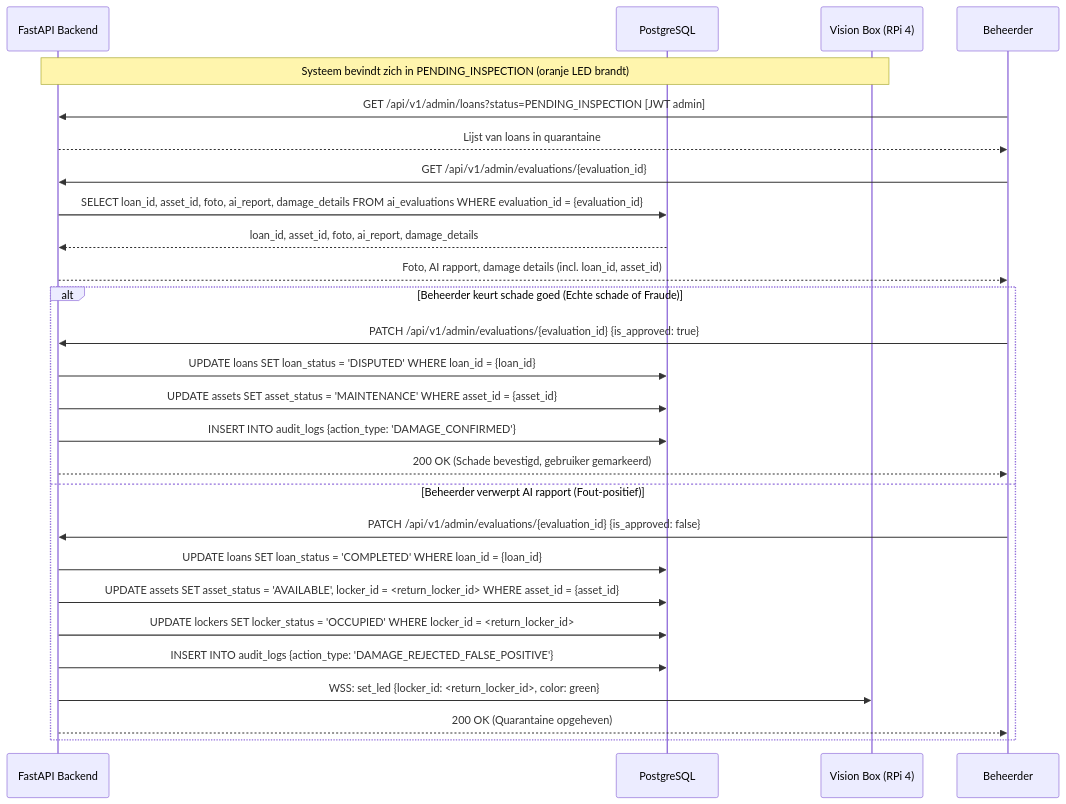
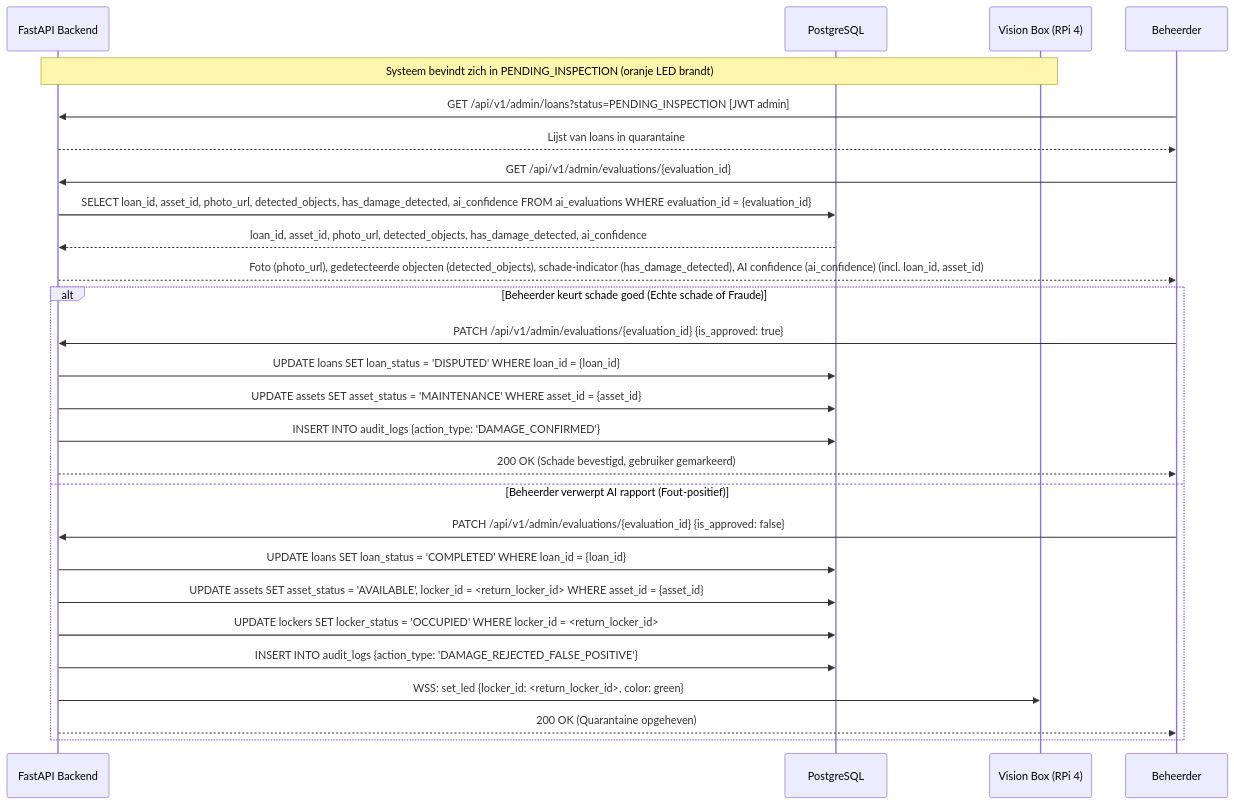
The diagram in docs/diagrams/sequence_quarantine.mmd (easylend-practice-enterprise/easylend), drawn with Mermaid before and after one commit.

Commit message:
Potential fix for pull request finding

```diff
--- a/docs/diagrams/sequence_quarantine.mmd
+++ b/docs/diagrams/sequence_quarantine.mmd
@@ -1,31 +1,31 @@
 sequenceDiagram
     participant API as FastAPI Backend
     participant DB as PostgreSQL
     participant VB as Vision Box (RPi 4)
     participant Admin as Beheerder
 
     Note over API,VB: Systeem bevindt zich in PENDING_INSPECTION (oranje LED brandt)
 
     Admin->>API: GET /api/v1/admin/loans?status=PENDING_INSPECTION [JWT admin]
     API-->>Admin: Lijst van loans in quarantaine
 
     Admin->>API: GET /api/v1/admin/evaluations/{evaluation_id}
-    API->>DB: SELECT loan_id, asset_id, foto, ai_report, damage_details FROM ai_evaluations WHERE evaluation_id = {evaluation_id}
-    DB-->>API: loan_id, asset_id, foto, ai_report, damage_details
-    API-->>Admin: Foto, AI rapport, damage details (incl. loan_id, asset_id)
+    API->>DB: SELECT loan_id, asset_id, photo_url, detected_objects, has_damage_detected, ai_confidence FROM ai_evaluations WHERE evaluation_id = {evaluation_id}
+    DB-->>API: loan_id, asset_id, photo_url, detected_objects, has_damage_detected, ai_confidence
+    API-->>Admin: Foto (photo_url), gedetecteerde objecten (detected_objects), schade-indicator (has_damage_detected), AI confidence (ai_confidence) (incl. loan_id, asset_id)
 
     alt Beheerder keurt schade goed (Echte schade of Fraude)
         Admin->>API: PATCH /api/v1/admin/evaluations/{evaluation_id} {is_approved: true}
         API->>DB: UPDATE loans SET loan_status = 'DISPUTED' WHERE loan_id = {loan_id}
         API->>DB: UPDATE assets SET asset_status = 'MAINTENANCE' WHERE asset_id = {asset_id}
         API->>DB: INSERT INTO audit_logs {action_type: 'DAMAGE_CONFIRMED'}
         API-->>Admin: 200 OK (Schade bevestigd, gebruiker gemarkeerd)
     else Beheerder verwerpt AI rapport (Fout-positief)
         Admin->>API: PATCH /api/v1/admin/evaluations/{evaluation_id} {is_approved: false}
         API->>DB: UPDATE loans SET loan_status = 'COMPLETED' WHERE loan_id = {loan_id}
         API->>DB: UPDATE assets SET asset_status = 'AVAILABLE', locker_id = <return_locker_id> WHERE asset_id = {asset_id}
         API->>DB: UPDATE lockers SET locker_status = 'OCCUPIED' WHERE locker_id = <return_locker_id>
         API->>DB: INSERT INTO audit_logs {action_type: 'DAMAGE_REJECTED_FALSE_POSITIVE'}
         API->>VB: WSS: set_led {locker_id: <return_locker_id>, color: green}
         API-->>Admin: 200 OK (Quarantaine opgeheven)
     end
```
